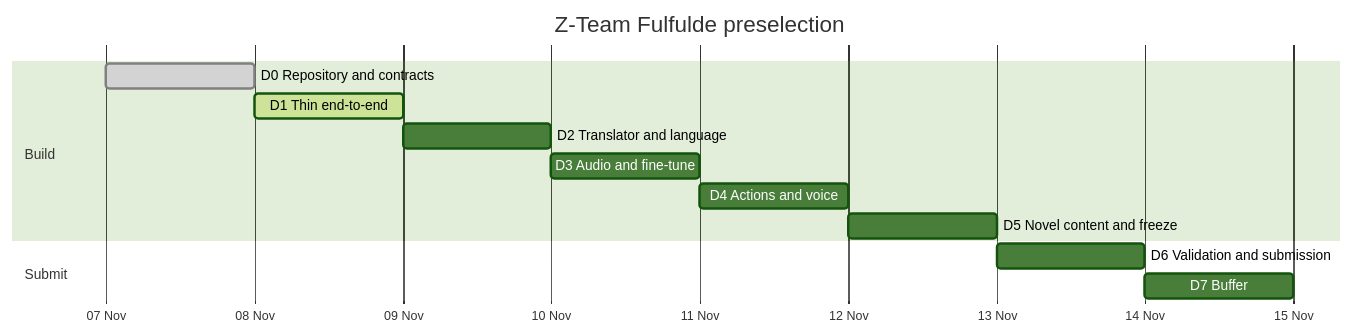
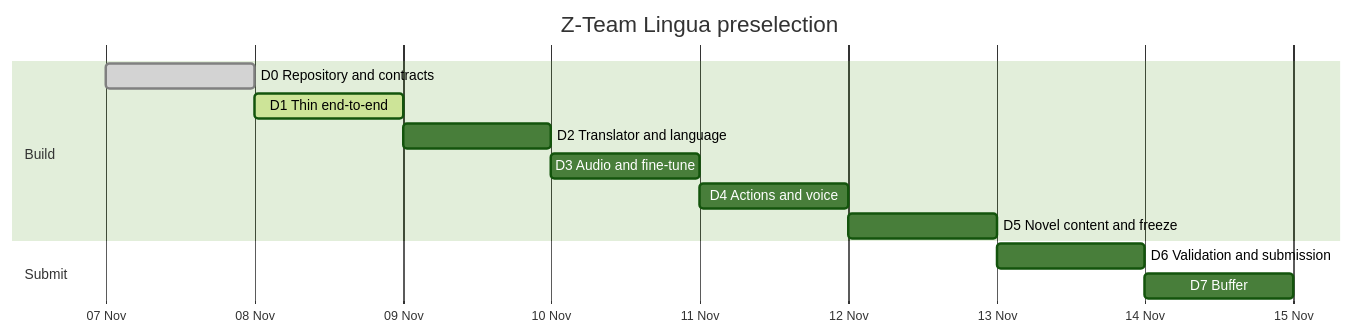
Before and after one commit to Zeusse-Neumbi/z-team-fulfulde: the diagram in docs/PROJECT_BOARD.md, drawn with Mermaid (forest theme). The commit also changed 49 other files, not shown here.

First line of the commit message:
feat(brand): rename to Z-Team Lingua and ship bilingual reports (#70)

````diff
--- a/docs/PROJECT_BOARD.md
+++ b/docs/PROJECT_BOARD.md
@@ -33,16 +33,16 @@
 ```mermaid
 gantt
-    title Z-Team Fulfulde preselection
+    title Z-Team Lingua preselection
     dateFormat  YYYY-MM-DD
     axisFormat  %d %b
     section Build
     D0 Repository and contracts :done, d0, 2026-11-07, 1d
     D1 Thin end-to-end           :active, d1, 2026-11-08, 1d
     D2 Translator and language   :d2, 2026-11-09, 1d
     D3 Audio and fine-tune       :d3, 2026-11-10, 1d
     D4 Actions and voice         :d4, 2026-11-11, 1d
     D5 Novel content and freeze  :d5, 2026-11-12, 1d
     section Submit
     D6 Validation and submission :d6, 2026-11-13, 1d
     D7 Buffer                    :d7, 2026-11-14, 1d
 ```
````
